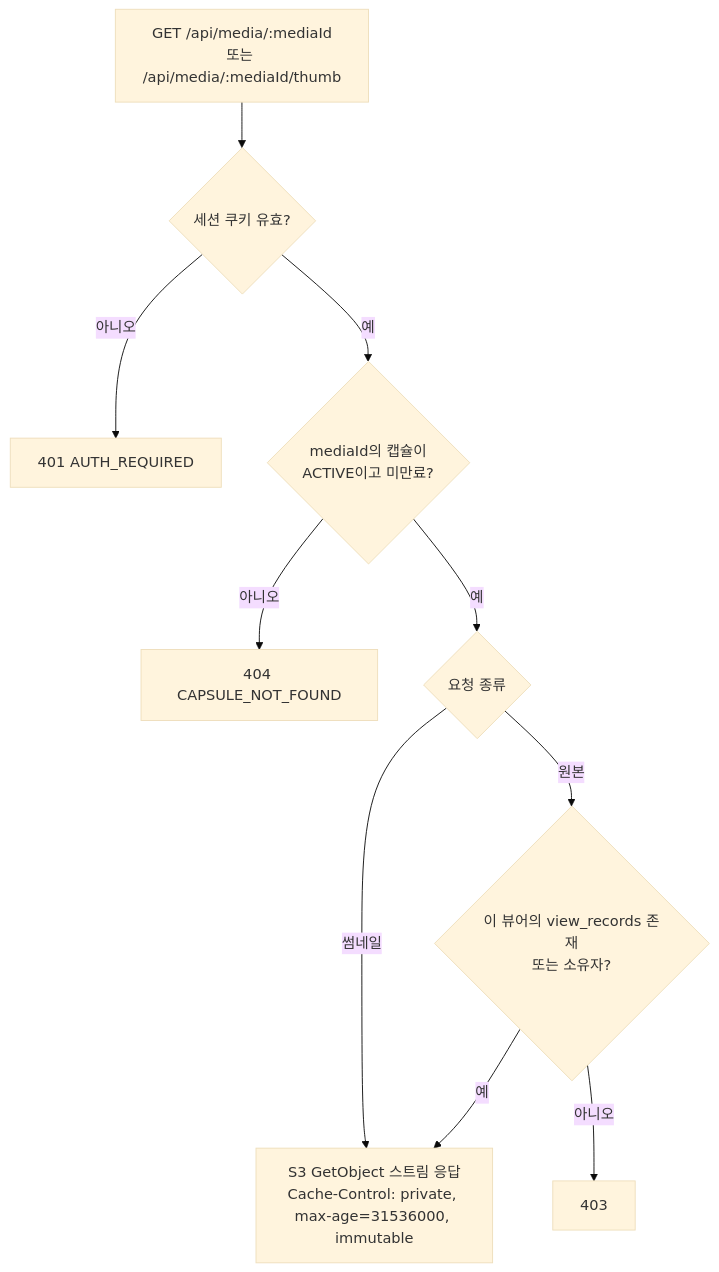
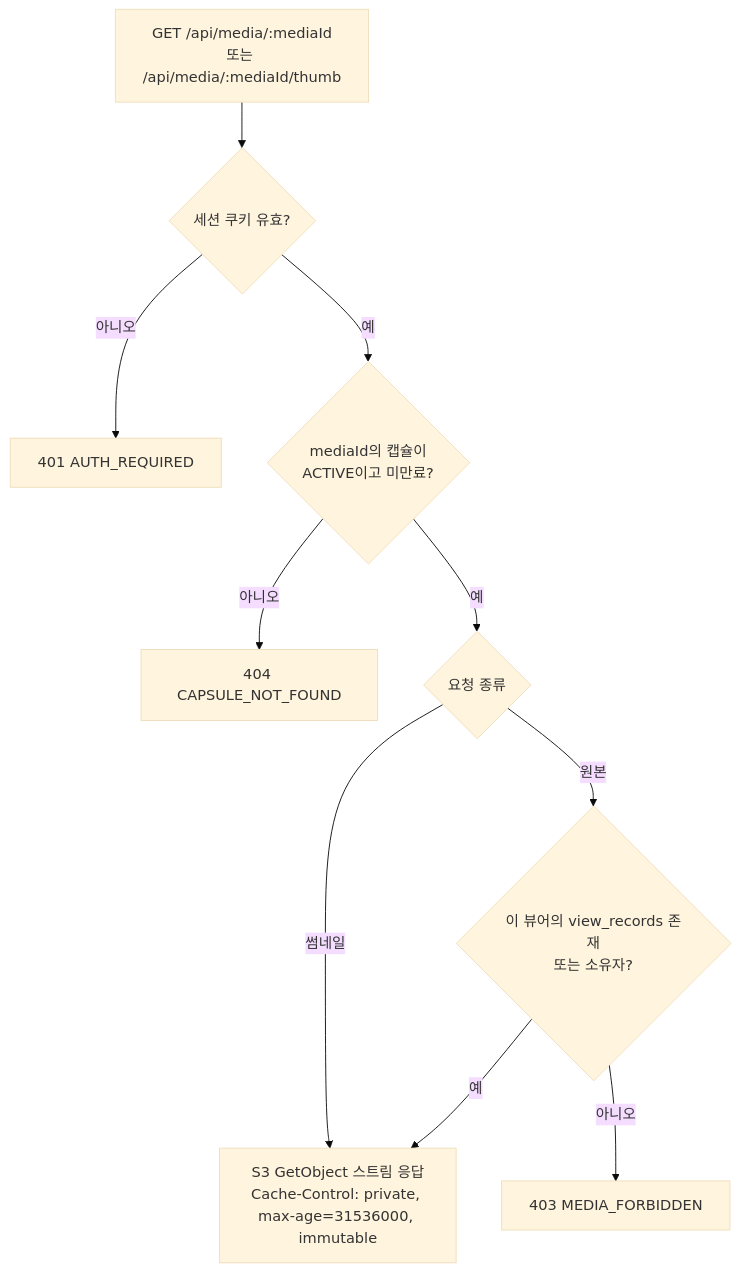
Before and after one commit to hyunboee/drop_app: the fourth of 4 diagrams in docs/6-arch-diagram.md, drawn with Mermaid (base theme). The commit also changed other lines of this file and 7 other files, not shown here.

````diff
--- a/docs/6-arch-diagram.md
+++ b/docs/6-arch-diagram.md
@@ -120,12 +124,12 @@
 ```mermaid
 flowchart TD
   req["GET /api/media/:mediaId<br/>또는 /api/media/:mediaId/thumb"] --> auth{"세션 쿠키 유효?"}
   auth -->|"아니오"| e401["401 AUTH_REQUIRED"]
   auth -->|"예"| cap{"mediaId의 캡슐이<br/>ACTIVE이고 미만료?"}
   cap -->|"아니오"| e404["404 CAPSULE_NOT_FOUND"]
   cap -->|"예"| kind{"요청 종류"}
   kind -->|"썸네일"| stream
   kind -->|"원본"| perm{"이 뷰어의 view_records 존재<br/>또는 소유자?"}
-  perm -->|"아니오"| e403["403"]
+  perm -->|"아니오"| e403["403 MEDIA_FORBIDDEN"]
   perm -->|"예"| stream["S3 GetObject 스트림 응답<br/>Cache-Control: private, max-age=31536000, immutable"]
 ```
````
